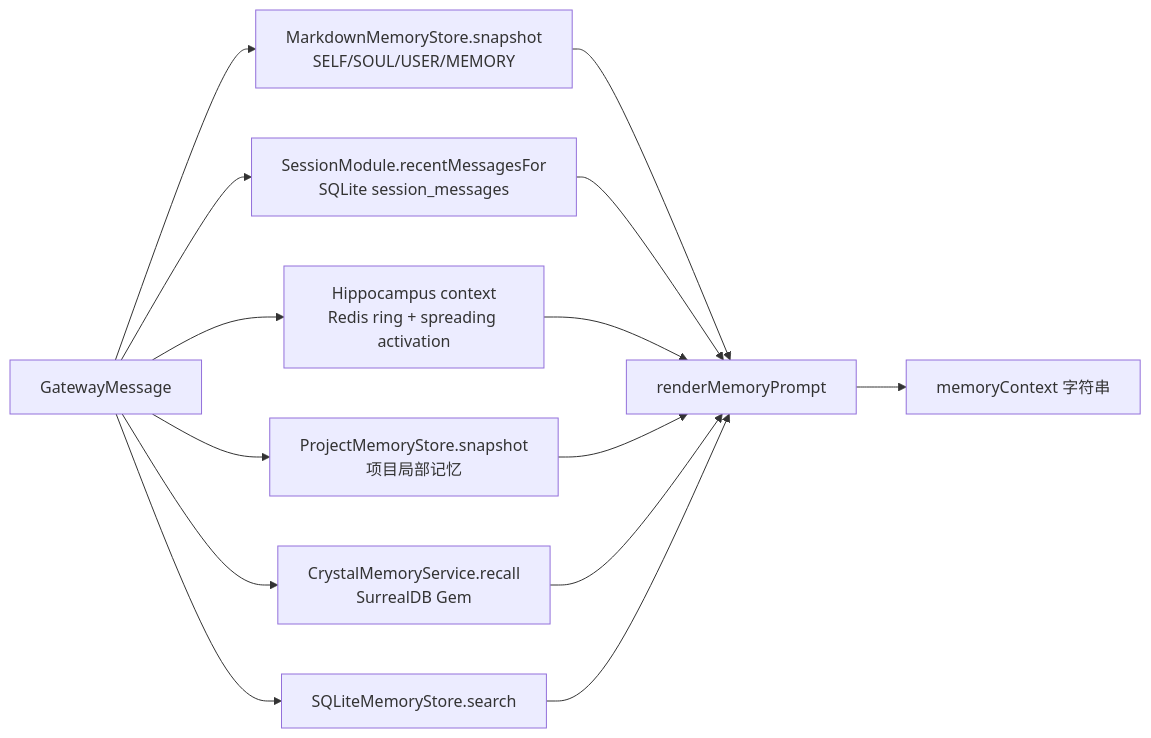
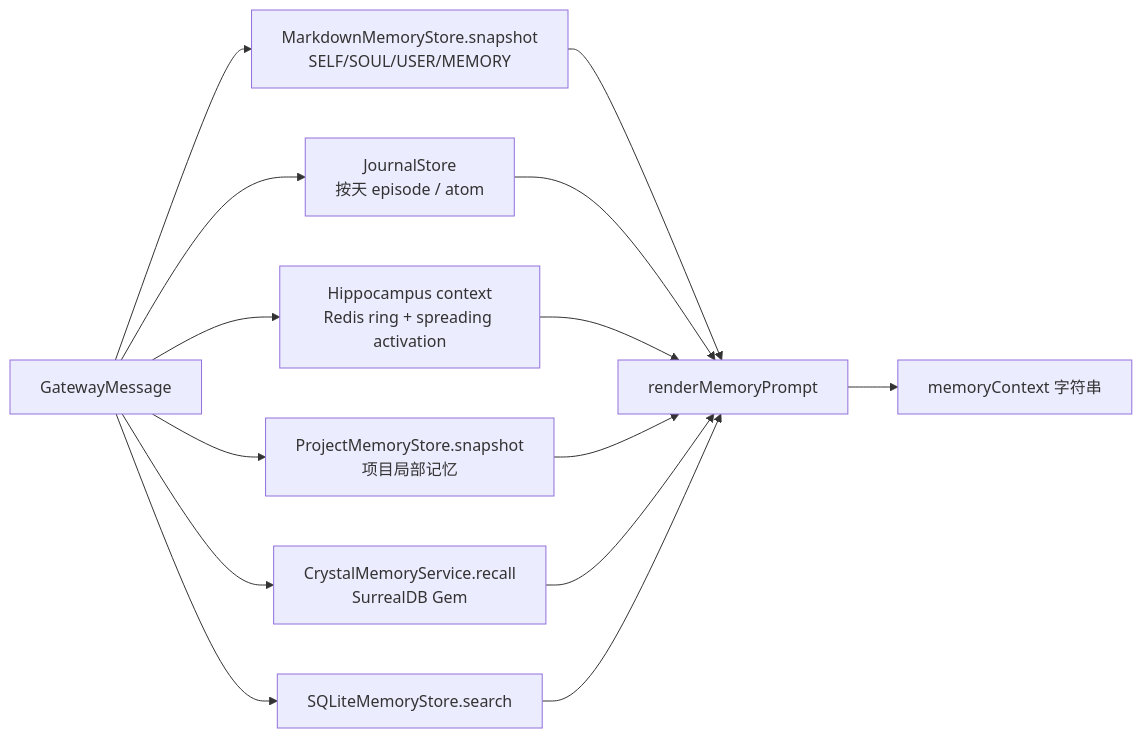
Before and after one commit to flyflor/flyflor: the third of 5 diagrams in docs/runtime.turn.md, drawn with Mermaid. The commit also changed other lines of this file and 83 other files, not shown here.

````diff
--- a/docs/runtime.turn.md
+++ b/docs/runtime.turn.md
@@ -112,16 +112,16 @@
 ```mermaid
 flowchart LR
     Q[GatewayMessage] --> Markdown[MarkdownMemoryStore.snapshot<br/>SELF/SOUL/USER/MEMORY]
-    Q --> Session[SessionModule.recentMessagesFor<br/>SQLite session_messages]
+    Q --> Journal[JournalStore<br/>按天 episode / atom]
     Q --> Hippo[Hippocampus context<br/>Redis ring + spreading activation]
     Q --> Project[ProjectMemoryStore.snapshot<br/>项目局部记忆]
     Q --> Crystal[CrystalMemoryService.recall<br/>SurrealDB Gem]
     Q --> SqliteSearch[SQLiteMemoryStore.search]
     Markdown --> Render[renderMemoryPrompt]
-    Session --> Render
+    Journal --> Render
     Hippo --> Render
     Project --> Render
     Crystal --> Render
     SqliteSearch --> Render
     Render --> Prompt[memoryContext 字符串]
 ```
````
